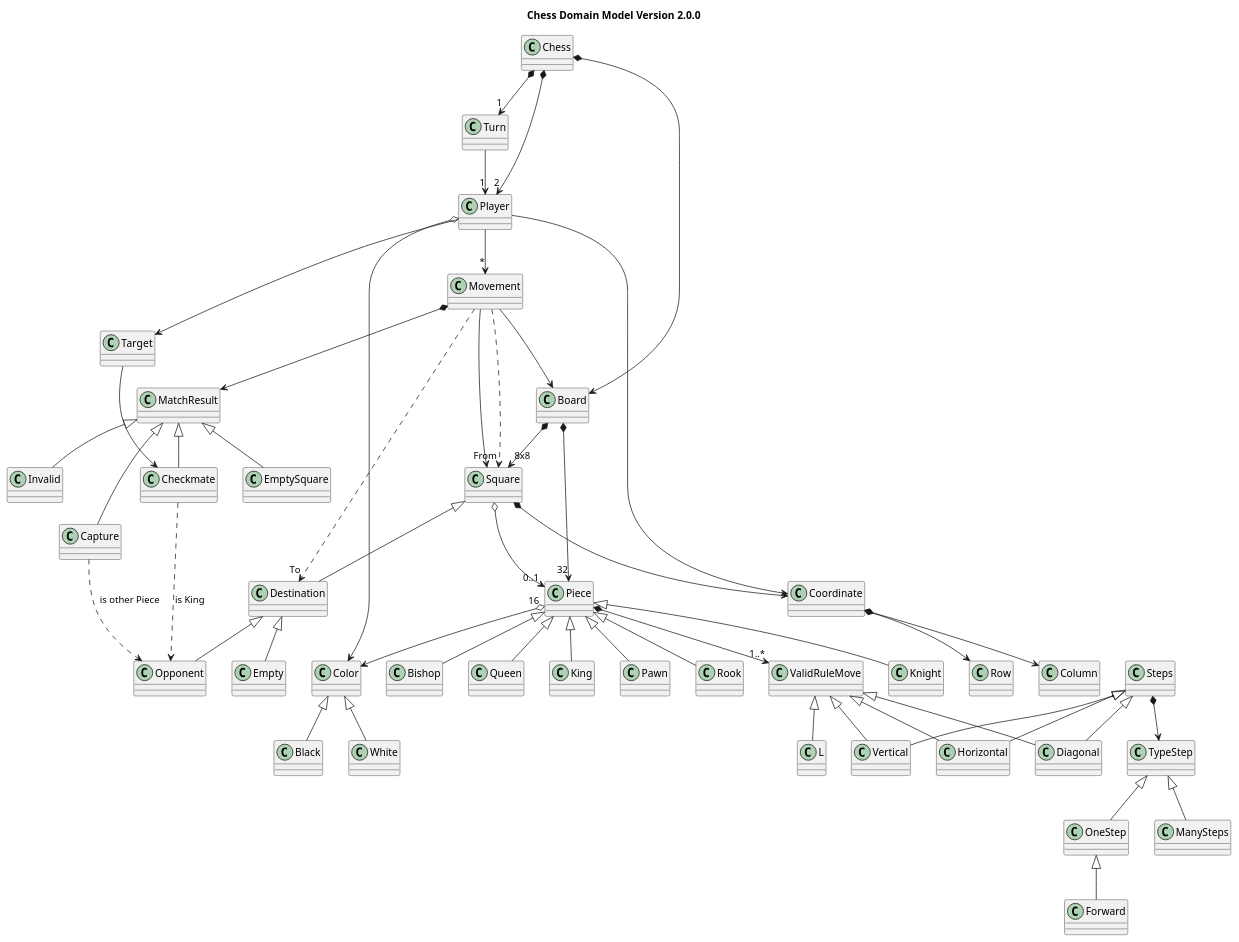
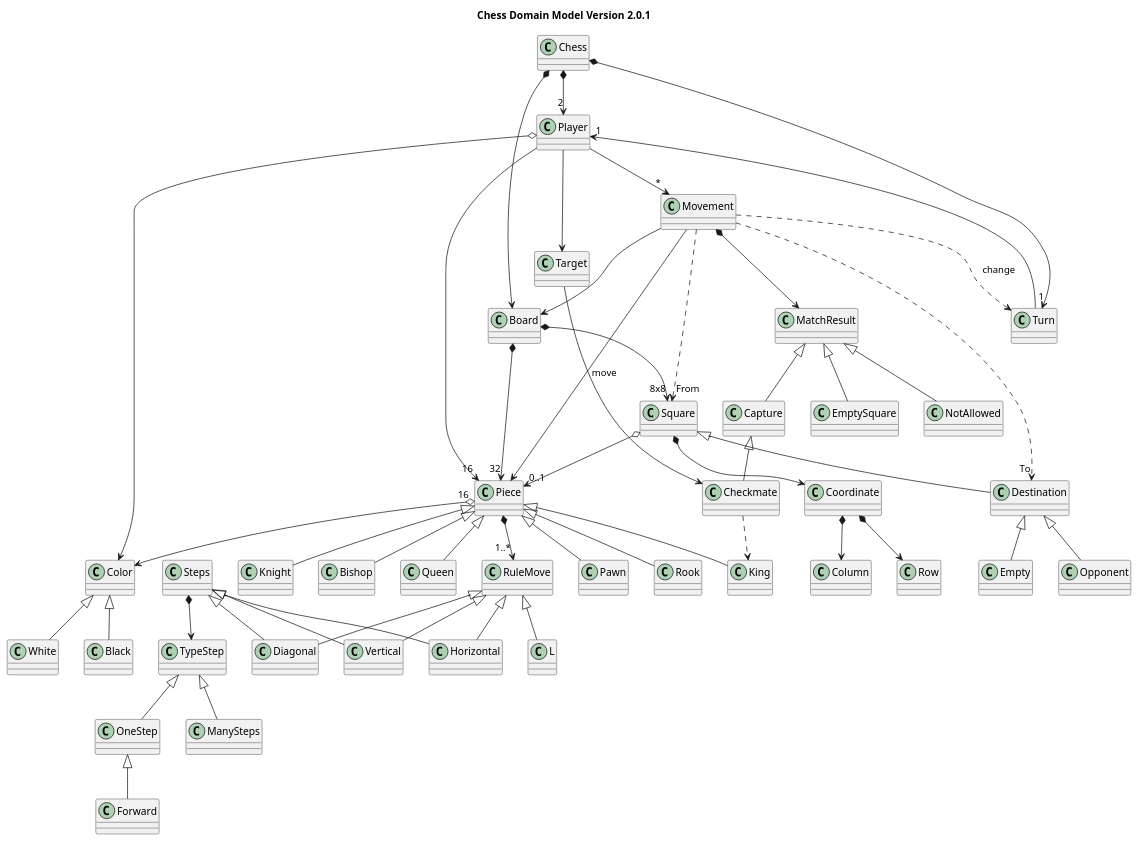
The diagram in chess-domainmodel.puml (Master-Desarrollo-20-21/ejercicio-4-ajedrez-polimorfismo-kodenix), drawn with PlantUML before and after one commit. The commit also changed 1 other file, not shown here.

Commit message:
New version domain model

```diff
--- a/chess-domainmodel.puml
+++ b/chess-domainmodel.puml
@@ -1,100 +1,97 @@
-@startuml ChessDomainModel_v2_0_0
+@startuml ChessDomainModel_v2_0_1
 
-	title Chess Domain Model Version 2.0.0
+	title Chess Domain Model Version 2.0.1
 
 	class Chess
     class Square
 	class Empty
 	class Opponent
     class Coordinate
     
 	together {
 		
 	}
 	class Player	
-	class ValidRuleMove
+	class RuleMove
 	
 	
 	class Board
 	class Piece
 	class Movement
 	class Turn
-	class ValidRuleMove
+	class RuleMove
 	class Pawn
 	class Rook
 	class Knight
 	class Bishop
 	class Queen
 	class King
 	class Color
 	class White
 	class Black
 	class Checkmate
 	class Capture
 	class Target
 	class Steps
 	class TypeStep
 	class OneStep
 	class Forward
 	class ManySteps
 	class Destination
 	class Checkmate
 	class EmptySquare
-	class Invalid
 
 	Chess *--> "1" Turn
 	Chess *--> Board
 	Chess *--> "2" Player
 	Turn --> "1" Player
     Board *--> "8x8" Square
 	Board *--> "32" Piece
 	Player o--> Color
-	'Player --> Board
 	Player --> Target
-	Player --> Coordinate
 	Player --> "*" Movement
+	Player --> "16" Piece
 	Target --> Checkmate
 	Color ^-- White
 	Color ^-- Black
-	Piece *--> "1..*" ValidRuleMove
+	Piece *--> "1..*" RuleMove
 	Piece ^-- Pawn
 	Piece ^-- Bishop
 	Piece ^-- Knight
 	Piece ^-- Rook
 	Piece ^-- Queen
 	Piece ^-- King
 	Piece "16" o--> Color
-	Movement --> Square
 	Movement --> Board
 	Movement ..> "To" Destination
     Movement ..> "From" Square
-	'Movement --> Piece
+	Movement --> Piece : move
 	Movement *--> MatchResult
-	MatchResult ^-- Checkmate
+	Movement ..> Turn : change
 	MatchResult ^-- Capture
 	MatchResult ^-- EmptySquare
-	MatchResult ^-- Invalid
-	Checkmate ..>  Opponent : "is King"
-	Capture ..>  Opponent : "is other Piece"
+	MatchResult ^-- NotAllowed
+	Capture ^-- Checkmate
+	Checkmate ..>  King
 	Square *--> Coordinate
 	Square ^-- Destination
 	Square o--> "0..1" Piece
 	Coordinate *--> Row
 	Coordinate *--> Column
 	Destination ^-- Empty
 	Destination ^-- Opponent	
-	ValidRuleMove ^-- Horizontal
-	ValidRuleMove ^-- Vertical
-	ValidRuleMove ^-- Diagonal
-	ValidRuleMove ^-- L
+	RuleMove ^-- Horizontal
+	RuleMove ^-- Vertical
+	RuleMove ^-- Diagonal
+	RuleMove ^-- L
 	Steps *--> TypeStep
 	TypeStep ^-- OneStep
 	OneStep ^-- Forward
 	TypeStep ^-- ManySteps
 	Steps ^-- Horizontal
 	Steps ^-- Vertical
 	Steps ^-- Diagonal
 
 	
 
 @enduml
```
